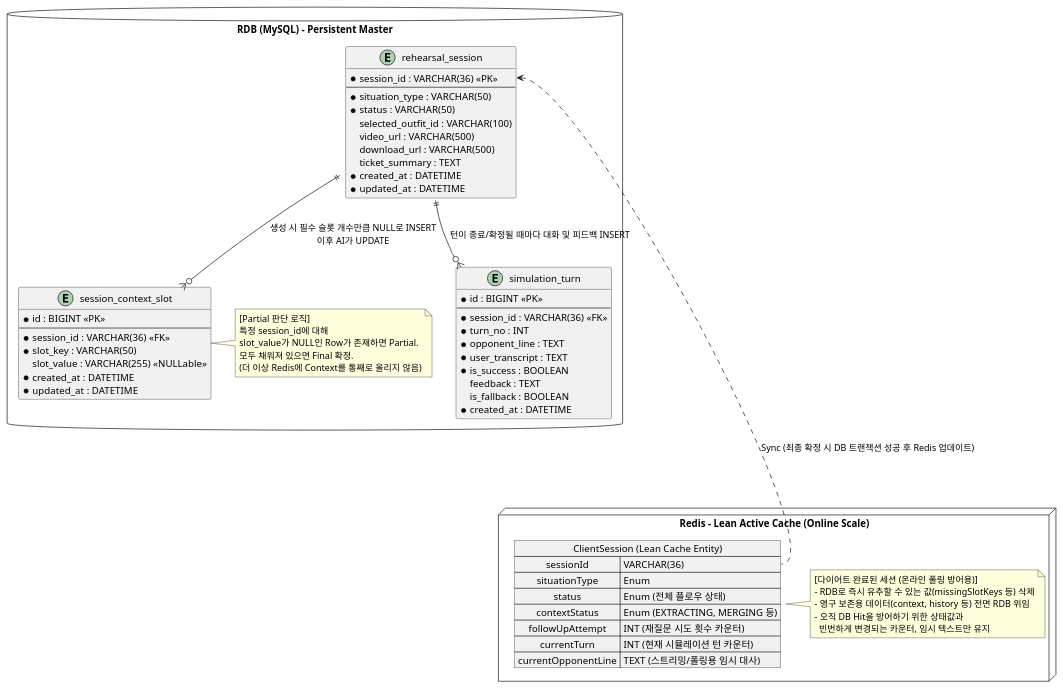
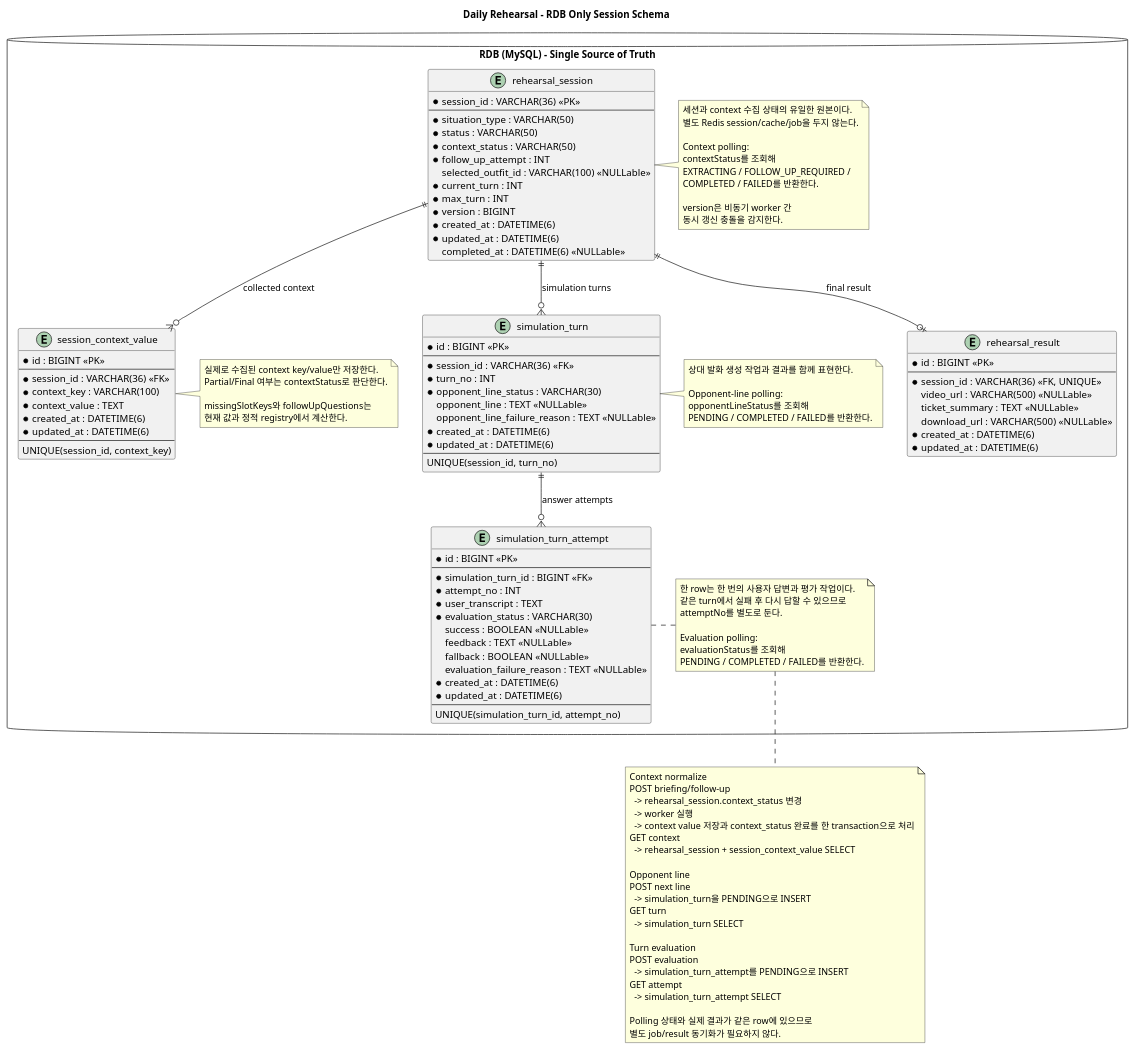
The diagram in backend/rehearsal-modules/docs/erd/session-rdb-schema.puml (fhdnwlqkd/daily-rehearsal), drawn with PlantUML before and after one commit.

Commit message:
[#106] session refactor: redis -> RDB

```diff
--- a/backend/rehearsal-modules/docs/erd/session-rdb-schema.puml
+++ b/backend/rehearsal-modules/docs/erd/session-rdb-schema.puml
@@ -1,78 +1,149 @@
 @startuml
+title Daily Rehearsal - RDB Only Session Schema
 
-package "RDB (MySQL) - Persistent Master" <<Database>> {
-  
+hide methods
+hide stereotypes
+
+package "RDB (MySQL) - Single Source of Truth" <<Database>> {
+
   entity "rehearsal_session" as session {
     * session_id : VARCHAR(36) <<PK>>
     --
     * situation_type : VARCHAR(50)
     * status : VARCHAR(50)
-    selected_outfit_id : VARCHAR(100)
-    video_url : VARCHAR(500)
-    download_url : VARCHAR(500)
-    ticket_summary : TEXT
-    * created_at : DATETIME
-    * updated_at : DATETIME
+    * context_status : VARCHAR(50)
+    * follow_up_attempt : INT
+    selected_outfit_id : VARCHAR(100) <<NULLable>>
+    * current_turn : INT
+    * max_turn : INT
+    * version : BIGINT
+    * created_at : DATETIME(6)
+    * updated_at : DATETIME(6)
+    completed_at : DATETIME(6) <<NULLable>>
   }
 
-  entity "session_context_slot" as context_slot {
+  entity "session_context_value" as context_value {
     * id : BIGINT <<PK>>
     --
     * session_id : VARCHAR(36) <<FK>>
-    * slot_key : VARCHAR(50)
-    slot_value : VARCHAR(255) <<NULLable>>
-    * created_at : DATETIME
-    * updated_at : DATETIME
+    * context_key : VARCHAR(100)
+    * context_value : TEXT
+    * created_at : DATETIME(6)
+    * updated_at : DATETIME(6)
+    --
+    UNIQUE(session_id, context_key)
   }
-  
-  note left of context_slot
-    [Partial 판단 로직]
-    특정 session_id에 대해 
-    slot_value가 NULL인 Row가 존재하면 Partial.
-    모두 채워져 있으면 Final 확정.
-    (더 이상 Redis에 Context를 통째로 올리지 않음)
-  end note
 
   entity "simulation_turn" as turn {
     * id : BIGINT <<PK>>
     --
     * session_id : VARCHAR(36) <<FK>>
     * turn_no : INT
-    * opponent_line : TEXT
-    * user_transcript : TEXT
-    * is_success : BOOLEAN
-    feedback : TEXT
-    is_fallback : BOOLEAN
-    * created_at : DATETIME
+    * opponent_line_status : VARCHAR(30)
+    opponent_line : TEXT <<NULLable>>
+    opponent_line_failure_reason : TEXT <<NULLable>>
+    * created_at : DATETIME(6)
+    * updated_at : DATETIME(6)
+    --
+    UNIQUE(session_id, turn_no)
   }
 
-  session ||--o{ context_slot : "생성 시 필수 슬롯 개수만큼 NULL로 INSERT\n이후 AI가 UPDATE"
-  session ||--o{ turn : "턴이 종료/확정될 때마다 대화 및 피드백 INSERT"
+  entity "simulation_turn_attempt" as turn_attempt {
+    * id : BIGINT <<PK>>
+    --
+    * simulation_turn_id : BIGINT <<FK>>
+    * attempt_no : INT
+    * user_transcript : TEXT
+    * evaluation_status : VARCHAR(30)
+    success : BOOLEAN <<NULLable>>
+    feedback : TEXT <<NULLable>>
+    fallback : BOOLEAN <<NULLable>>
+    evaluation_failure_reason : TEXT <<NULLable>>
+    * created_at : DATETIME(6)
+    * updated_at : DATETIME(6)
+    --
+    UNIQUE(simulation_turn_id, attempt_no)
+  }
+
+  entity "rehearsal_result" as result {
+    * id : BIGINT <<PK>>
+    --
+    * session_id : VARCHAR(36) <<FK, UNIQUE>>
+    video_url : VARCHAR(500) <<NULLable>>
+    ticket_summary : TEXT <<NULLable>>
+    download_url : VARCHAR(500) <<NULLable>>
+    * created_at : DATETIME(6)
+    * updated_at : DATETIME(6)
+  }
+
+  session ||--o{ context_value : "collected context"
+  session ||--o{ turn : "simulation turns"
+  turn ||--o{ turn_attempt : "answer attempts"
+  session ||--o| result : "final result"
+
+  note right of session
+    세션과 context 수집 상태의 유일한 원본이다.
+    별도 Redis session/cache/job을 두지 않는다.
+
+    Context polling:
+    contextStatus를 조회해
+    EXTRACTING / FOLLOW_UP_REQUIRED /
+    COMPLETED / FAILED를 반환한다.
+
+    version은 비동기 worker 간
+    동시 갱신 충돌을 감지한다.
+  end note
+
+  note right of context_value
+    실제로 수집된 context key/value만 저장한다.
+    Partial/Final 여부는 contextStatus로 판단한다.
+
+    missingSlotKeys와 followUpQuestions는
+    현재 값과 정적 registry에서 계산한다.
+  end note
+
+  note right of turn
+    상대 발화 생성 작업과 결과를 함께 표현한다.
+
+    Opponent-line polling:
+    opponentLineStatus를 조회해
+    PENDING / COMPLETED / FAILED를 반환한다.
+  end note
+
+  note right of turn_attempt
+    한 row는 한 번의 사용자 답변과 평가 작업이다.
+    같은 turn에서 실패 후 다시 답할 수 있으므로
+    attemptNo를 별도로 둔다.
+
+    Evaluation polling:
+    evaluationStatus를 조회해
+    PENDING / COMPLETED / FAILED를 반환한다.
+  end note
 }
 
-package "Redis - Lean Active Cache (Online Scale)" <<Node>> {
-  
-  map "ClientSession (Lean Cache Entity)" as redis_session {
-    sessionId => VARCHAR(36)
-    situationType => Enum
-    status => Enum (전체 플로우 상태)
-    contextStatus => Enum (EXTRACTING, MERGING 등)
-    followUpAttempt => INT (재질문 시도 횟수 카운터)
-    currentTurn => INT (현재 시뮬레이션 턴 카운터)
-    currentOpponentLine => TEXT (스트리밍/폴링용 임시 대사)
-  }
-  
-  note right of redis_session
-    [다이어트 완료된 세션 (온라인 폴링 방어용)]
-    - RDB로 즉시 유추할 수 있는 값(missingSlotKeys 등) 삭제
-    - 영구 보존용 데이터(context, history 등) 전면 RDB 위임
-    - 오직 DB Hit을 방어하기 위한 상태값과
-      빈번하게 변경되는 카운터, 임시 텍스트만 유지
-  end note
+note bottom
+  Context normalize
+  POST briefing/follow-up
+    -> rehearsal_session.context_status 변경
+    -> worker 실행
+    -> context value 저장과 context_status 완료를 한 transaction으로 처리
+  GET context
+    -> rehearsal_session + session_context_value SELECT
 
-}
+  Opponent line
+  POST next line
+    -> simulation_turn을 PENDING으로 INSERT
+  GET turn
+    -> simulation_turn SELECT
 
-' 관계선 (Redis의 sessionId가 RDB의 PK를 참조함을 명시)
-redis_session::sessionId -.up.-> session::session_id : "Sync (최종 확정 시 DB 트랜잭션 성공 후 Redis 업데이트)"
+  Turn evaluation
+  POST evaluation
+    -> simulation_turn_attempt를 PENDING으로 INSERT
+  GET attempt
+    -> simulation_turn_attempt SELECT
+
+  Polling 상태와 실제 결과가 같은 row에 있으므로
+  별도 job/result 동기화가 필요하지 않다.
+end note
 
 @enduml
```
